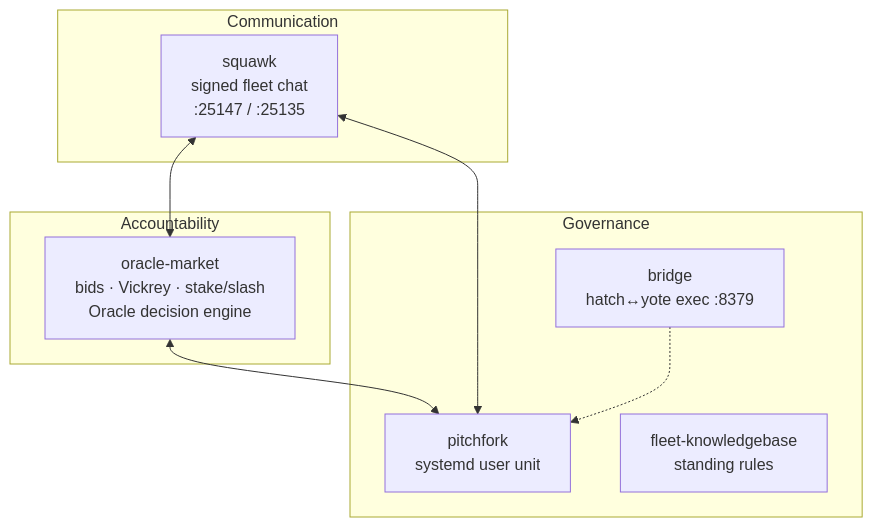
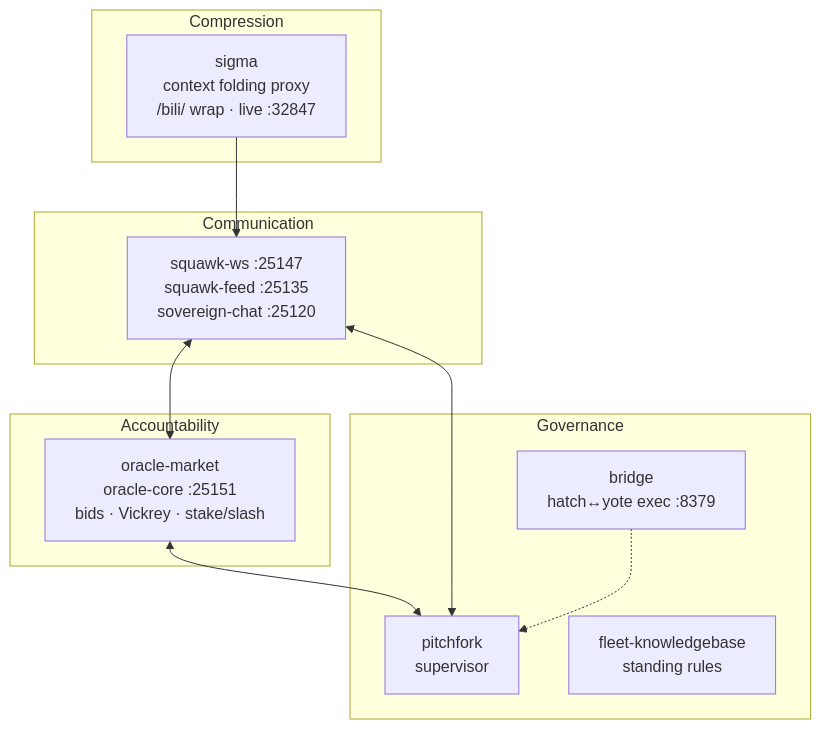
The second of 4 diagrams in README.md (toxicwind/estate), drawn with Mermaid before and after one commit. The commit also changed other lines of this file and 1 other file, not shown here.

First line of the commit message:
docs(sovereign): rewrite README against source; document repo topology

````diff
--- a/README.md
+++ b/README.md
@@ -51,18 +129,22 @@
 ```mermaid
 flowchart TB
+    subgraph ctx["Compression"]
+        SIG[sigma<br/>context folding proxy<br/>/bili/ wrap · live :32847]
+    end
     subgraph comm["Communication"]
-        SQ[squawk<br/>signed fleet chat<br/>:25147 / :25135]
+        SQ[squawk-ws :25147<br/>squawk-feed :25135<br/>sovereign-chat :25120]
     end
     subgraph acct["Accountability"]
-        OM[oracle-market<br/>bids · Vickrey · stake/slash<br/>Oracle decision engine]
+        OM[oracle-market<br/>oracle-core :25151<br/>bids · Vickrey · stake/slash]
     end
     subgraph gov["Governance"]
-        PF[pitchfork<br/>systemd user unit]
+        PF[pitchfork<br/>supervisor]
         BR[bridge<br/>hatch↔yote exec :8379]
         KB[fleet-knowledgebase<br/>standing rules]
     end
+    SIG --> SQ
     SQ <--> OM
     OM <--> PF
     SQ <--> PF
     BR -.-> PF
 ```
````
